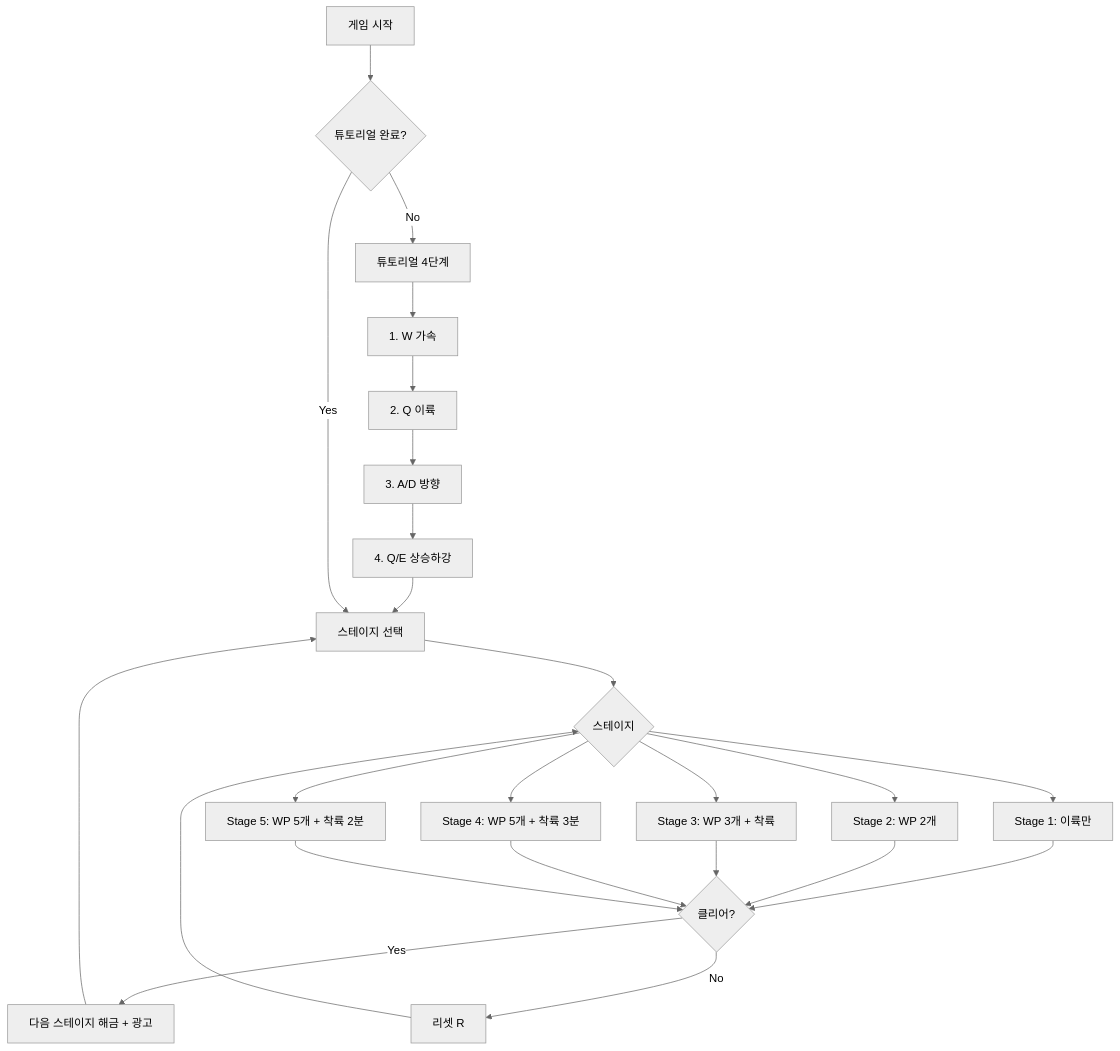
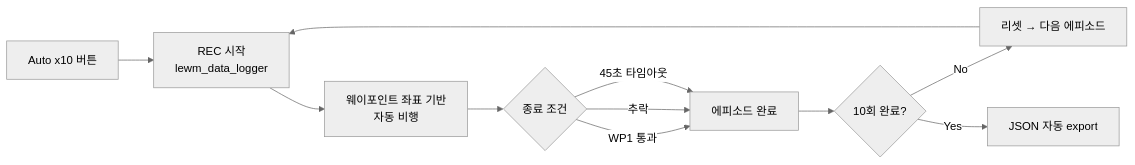
One commit to Jaehyeon-kr/Handpilot changed the second of 2 diagrams in README.md. Above: the diagram before and after it, drawn with Mermaid (neutral theme). The commit also changed other lines of this file and 27 other files, not shown here.

````diff
--- a/README.md
+++ b/README.md
@@ -135,19 +215,13 @@
 ```mermaid
-flowchart TD
-    A[게임 시작] --> B{튜토리얼 완료?}
-    B -->|No| C[튜토리얼 4단계]
-    C --> C1[1. W 가속] --> C2[2. Q 이륙] --> C3[3. A/D 방향] --> C4[4. Q/E 상승하강]
-    C4 --> D[스테이지 선택]
-    B -->|Yes| D
-    D --> E{스테이지}
-    E --> S1[Stage 1: 이륙만]
-    E --> S2[Stage 2: WP 2개]
-    E --> S3[Stage 3: WP 3개 + 착륙]
-    E --> S4[Stage 4: WP 5개 + 착륙 3분]
-    E --> S5[Stage 5: WP 5개 + 착륙 2분]
-    S1 & S2 & S3 & S4 & S5 --> F{클리어?}
-    F -->|Yes| G[다음 스테이지 해금 + 광고]
-    G --> D
-    F -->|No| H[리셋 R]
-    H --> E
+flowchart LR
+    A[Auto x10 버튼] --> B[REC 시작\nlewm_data_logger]
+    B --> C[웨이포인트 좌표 기반\n자동 비행]
+    C --> D{종료 조건}
+    D -->|WP1 통과| E[에피소드 완료]
+    D -->|추락| E
+    D -->|45초 타임아웃| E
+    E --> F{10회 완료?}
+    F -->|No| G[리셋 → 다음 에피소드]
+    G --> B
+    F -->|Yes| H[JSON 자동 export]
 ```
````
